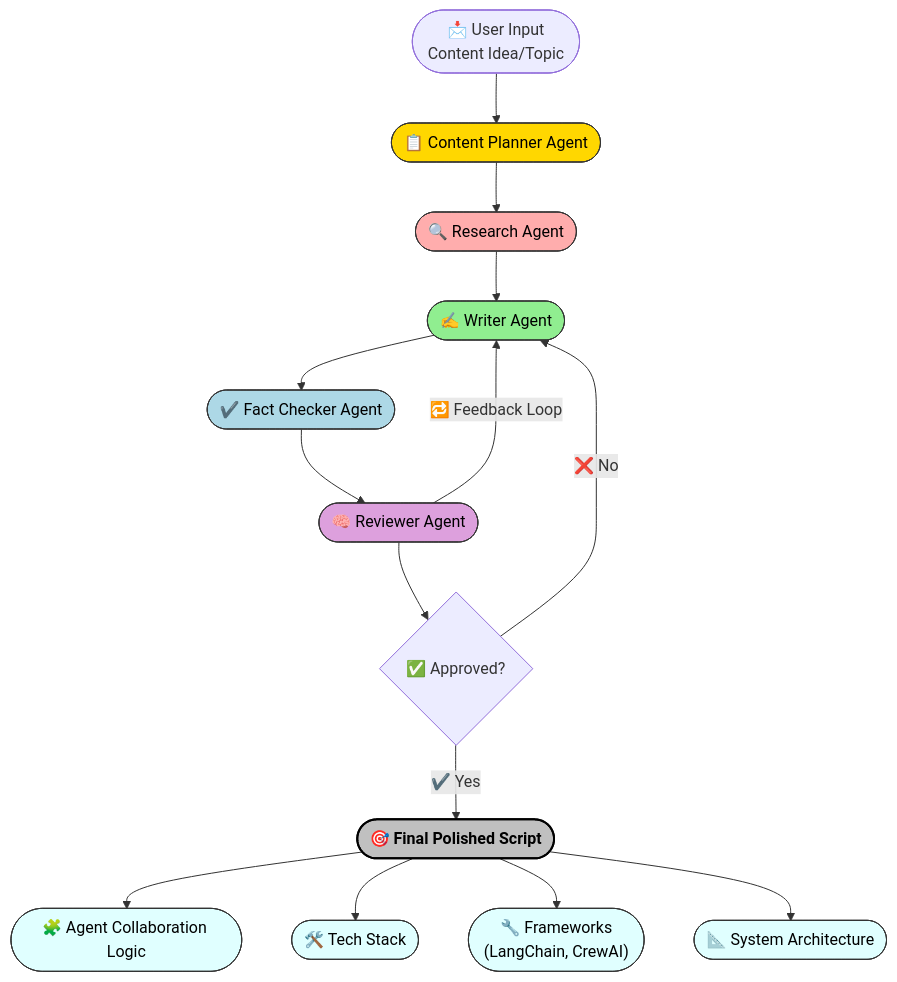
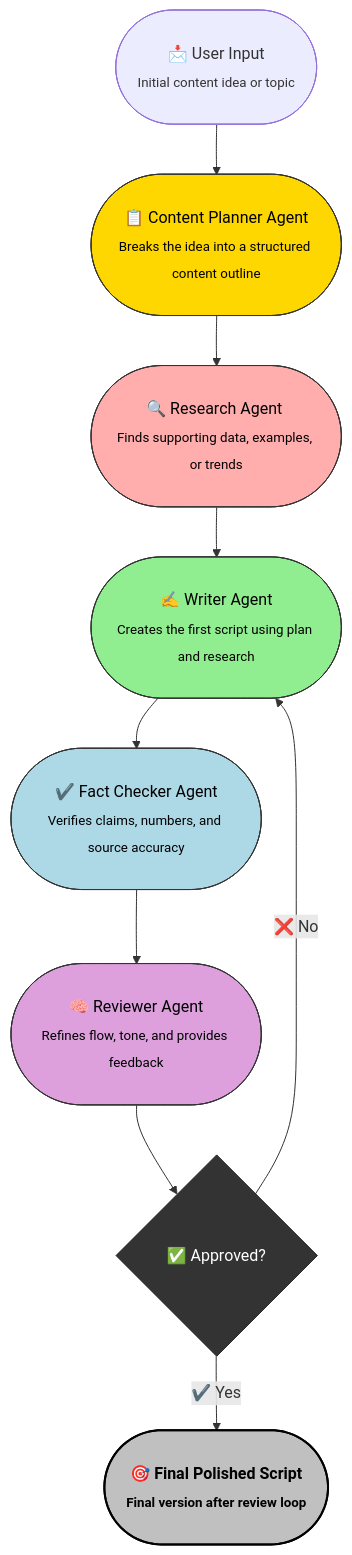
The diagram in Agents/planner_agents.md (Shubham-vish/prepwithai_tutorials), drawn with Mermaid before and after one commit.

Commit message:
Addded better diagram for content planner

````diff
--- a/Agents/planner_agents.md
+++ b/Agents/planner_agents.md
@@ -37,37 +37,28 @@
 ```mermaid
 flowchart TD
     %% Style Definitions
     classDef planner fill:#FFD700,stroke:#333,stroke-width:1px,color:#000;
     classDef research fill:#FFADAD,stroke:#333,stroke-width:1px,color:#000;
     classDef writer fill:#90EE90,stroke:#333,stroke-width:1px,color:#000;
     classDef checker fill:#ADD8E6,stroke:#333,stroke-width:1px,color:#000;
     classDef reviewer fill:#DDA0DD,stroke:#333,stroke-width:1px,color:#000;
     classDef final fill:#C0C0C0,stroke:#000,stroke-width:2px,color:#000,font-weight:bold;
-    classDef infra fill:#E0FFFF,stroke:#333,stroke-width:1px,color:#000;
+    classDef decision fill:#333,stroke:#222,color:#fff;
 
-    %% Main Workflow
-    A(["📩 User Input<br>Content Idea/Topic"]) --> B(["📋 Content Planner Agent"])
-    B --> C(["🔍 Research Agent"])
-    C --> D(["✍️ Writer Agent"])
-    D --> E(["✔️ Fact Checker Agent"])
-    E --> F(["🧠 Reviewer Agent"])
-    F -->|🔁 Feedback Loop| D
-    F --> G{✅ Approved?}
+    %% Main Nodes
+    A(["<br>📩 User Input<br><sub>Initial content idea or topic</sub><br>&nbsp;"])
+    B(["<br>📋 Content Planner Agent<br><sub>Breaks the idea into a structured content outline</sub><br>&nbsp;"]):::planner
+    C(["<br>🔍 Research Agent <br><sub>Finds supporting data, examples, or trends</sub><br>&nbsp;"]):::research
+    D(["<br>✍️ Writer Agent<br><sub>Creates the first script using plan and research</sub><br>&nbsp;"]):::writer
+    E(["<br>✔️ Fact Checker Agent<br><sub>Verifies claims, numbers, and source accuracy</sub><br>&nbsp;"]):::checker
+    F(["<br>🧠 Reviewer Agent<br><sub>Refines flow, tone, and provides feedback</sub><br>&nbsp;"]):::reviewer
+    G{<br>✅ Approved?<br>&nbsp;}:::decision
+    H(["<br>🎯 Final Polished Script<br><sub>Final version after review loop</sub><br>&nbsp;"]):::final
+
+    %% Flow Logic
+    A --> B --> C --> D --> E --> F
+    F --> G
     G -- ❌ No --> D
-    G -- ✔️ Yes --> H(["🎯 Final Polished Script"])
+    G -- ✔️ Yes --> H
 
-    %% Deployment Track
-    H --> I(["🧩 Agent Collaboration Logic"])
-    H --> J(["🛠️ Tech Stack"])
-    H --> K(["🔧 Frameworks<br>(LangChain, CrewAI)"])
-    H --> L(["📐 System Architecture"])
-
-    %% Class Assignment
-    class B planner;
-    class C research;
-    class D writer;
-    class E checker;
-    class F reviewer;
-    class H final;
-    class I,J,K,L infra;
 ```
````
